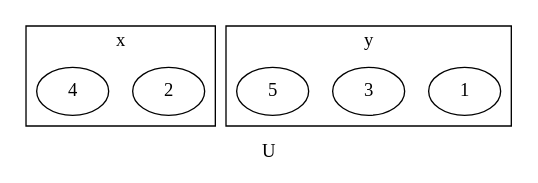
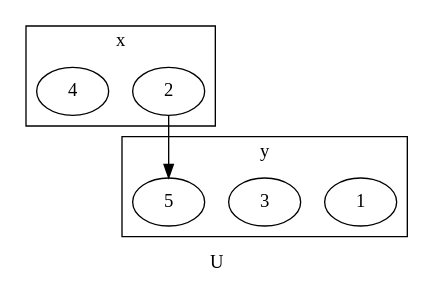
The second of 2 diagrams in CSDS 302 - Discrete Math/HW/1.md (tnichols217/notes), drawn with Graphviz before and after one commit.

Commit message:
vault backup: 2024-01-26 18:15:57

````diff
--- a/CSDS 302 - Discrete Math/HW/1.md
+++ b/CSDS 302 - Discrete Math/HW/1.md
@@ -168,19 +168,19 @@
 ```dot
 digraph {
 	label=U
 	subgraph {
 		label=x
 		cluster=true
 		a [label=2]
 		b [label=4]
 	}
 	subgraph {
 		label=y
 		cluster=true
 		A [label=1]
 		B [label=3]
 		C [label=5]
 	}
-	
+	a->C
 }
 ```
````
